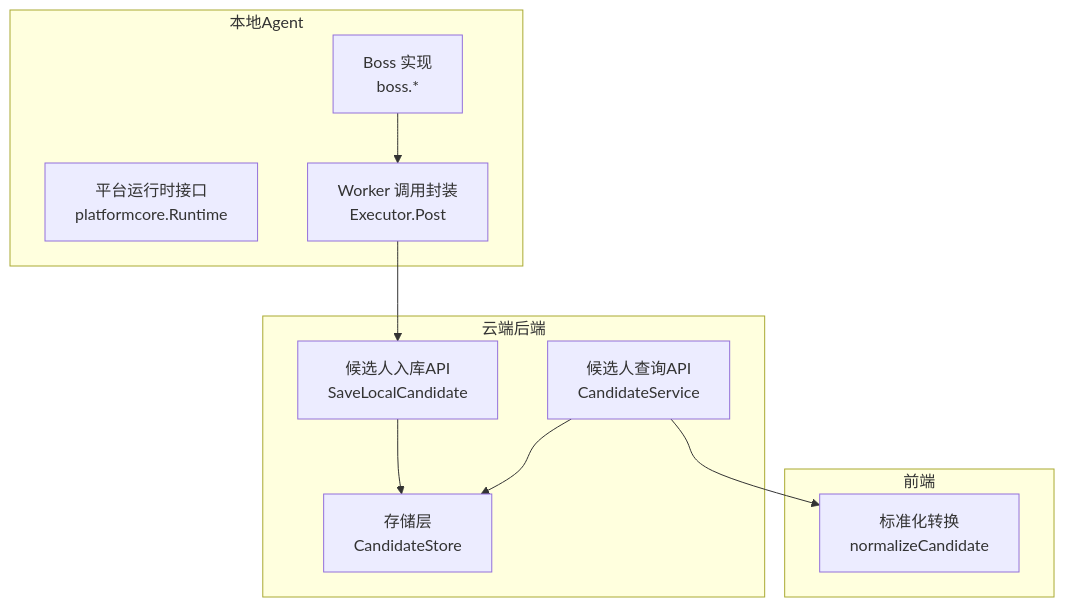
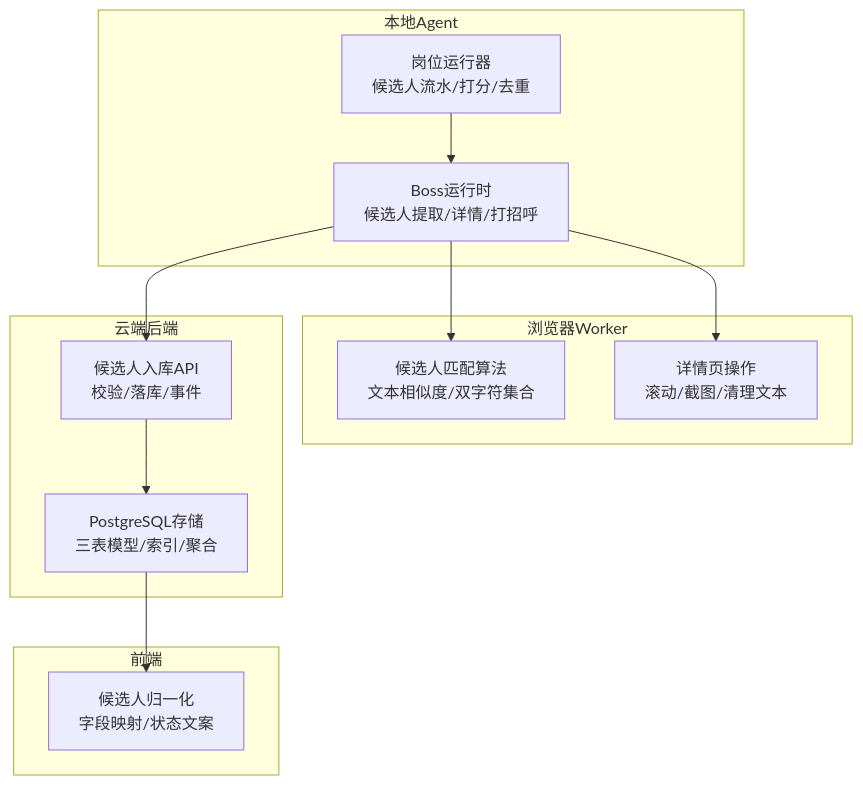
The first of 10 diagrams in .qoder/repowiki/zh/content/本地执行器/平台适配器/Boss直聘适配器/候选人数据处理.md (alvinwangzi/goodhr), drawn with Mermaid before and after one commit. The commit also changed other lines of this file and 149 other files, not shown here.

````diff
--- a/.qoder/repowiki/zh/content/本地执行器/平台适配器/Boss直聘适配器/候选人数据处理.md
+++ b/.qoder/repowiki/zh/content/本地执行器/平台适配器/Boss直聘适配器/候选人数据处理.md
@@ -38,21 +37,24 @@
 ```mermaid
 graph TB
 subgraph "本地Agent"
-A["平台运行时接口<br/>platformcore.Runtime"]
-B["Boss 实现<br/>boss.*"]
-C["Worker 调用封装<br/>Executor.Post"]
+BossRuntime["Boss运行时<br/>候选人提取/详情/打招呼"]
+Runner["岗位运行器<br/>候选人流水/打分/去重"]
+end
+subgraph "浏览器Worker"
+DOMMatch["候选人匹配算法<br/>文本相似度/双字符集合"]
+DetailOps["详情页操作<br/>滚动/截图/清理文本"]
 end
 subgraph "云端后端"
-D["候选人入库API<br/>SaveLocalCandidate"]
-E["候选人查询API<br/>CandidateService"]
-F["存储层<br/>CandidateStore"]
+Ingest["候选人入库API<br/>校验/落库/事件"]
+Store["PostgreSQL存储<br/>三表模型/索引/聚合"]
 end
 subgraph "前端"
-G["标准化转换<br/>normalizeCandidate"]
+Normalize["候选人归一化<br/>字段映射/状态文案"]
 end
-B --> C
-C --> D
-D --> F
-E --> F
-E --> G
+BossRuntime --> DOMMatch
+BossRuntime --> DetailOps
+Runner --> BossRuntime
+BossRuntime --> Ingest
+Ingest --> Store
+Store --> Normalize
 ```
````
